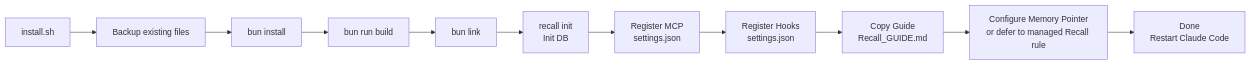
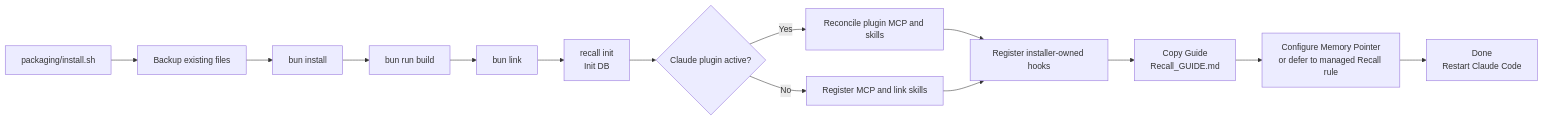
Before and after one commit to edheltzel/Recall: the diagram in docs/installation.md, drawn with Mermaid. The commit also changed other lines of this file and 40 other files, not shown here.

````diff
--- a/docs/installation.md
+++ b/docs/installation.md
@@ -165,13 +186,16 @@
 ```mermaid
 flowchart LR
-    A[install.sh] --> B[Backup existing files]
+    A[packaging/install.sh] --> B[Backup existing files]
     B --> C[bun install]
     C --> D[bun run build]
     D --> E[bun link]
     E --> F[recall init\nInit DB]
-    F --> G[Register MCP\nsettings.json]
-    G --> H[Register Hooks\nsettings.json]
-    H --> I[Copy Guide\nRecall_GUIDE.md]
-    I --> J[Configure Memory Pointer\nor defer to managed Recall rule]
-    J --> K[Done\nRestart Claude Code]
+    F --> G{Claude plugin active?}
+    G -->|Yes| H[Reconcile plugin MCP and skills]
+    G -->|No| I[Register MCP and link skills]
+    H --> J[Register installer-owned hooks]
+    I --> J
+    J --> K[Copy Guide\nRecall_GUIDE.md]
+    K --> L[Configure Memory Pointer\nor defer to managed Recall rule]
+    L --> M[Done\nRestart Claude Code]
 ```
````
